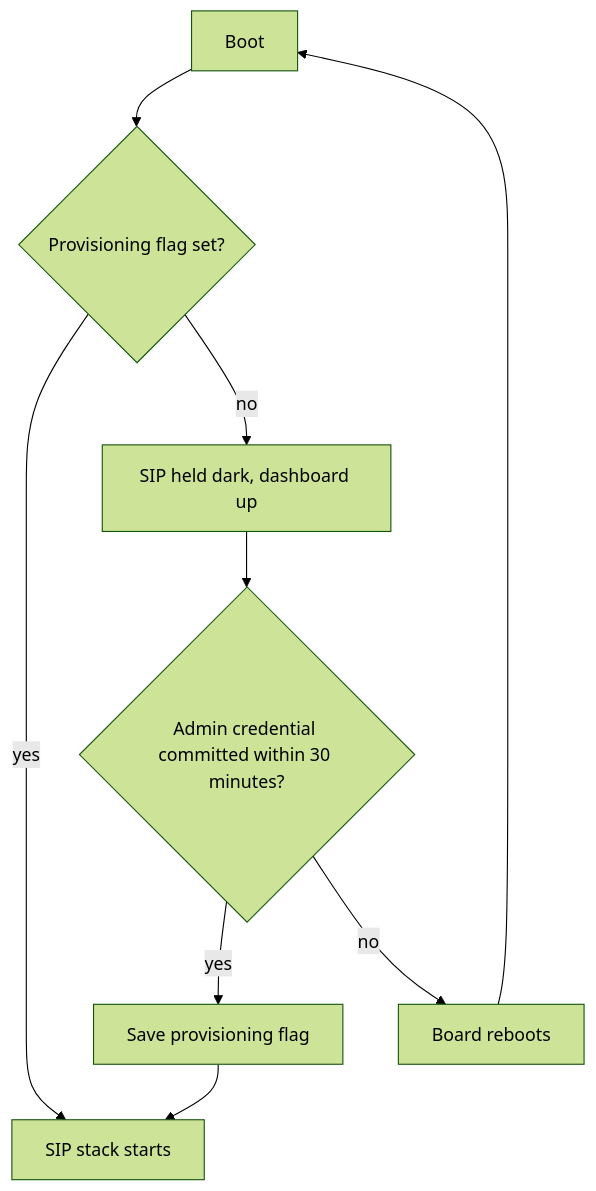
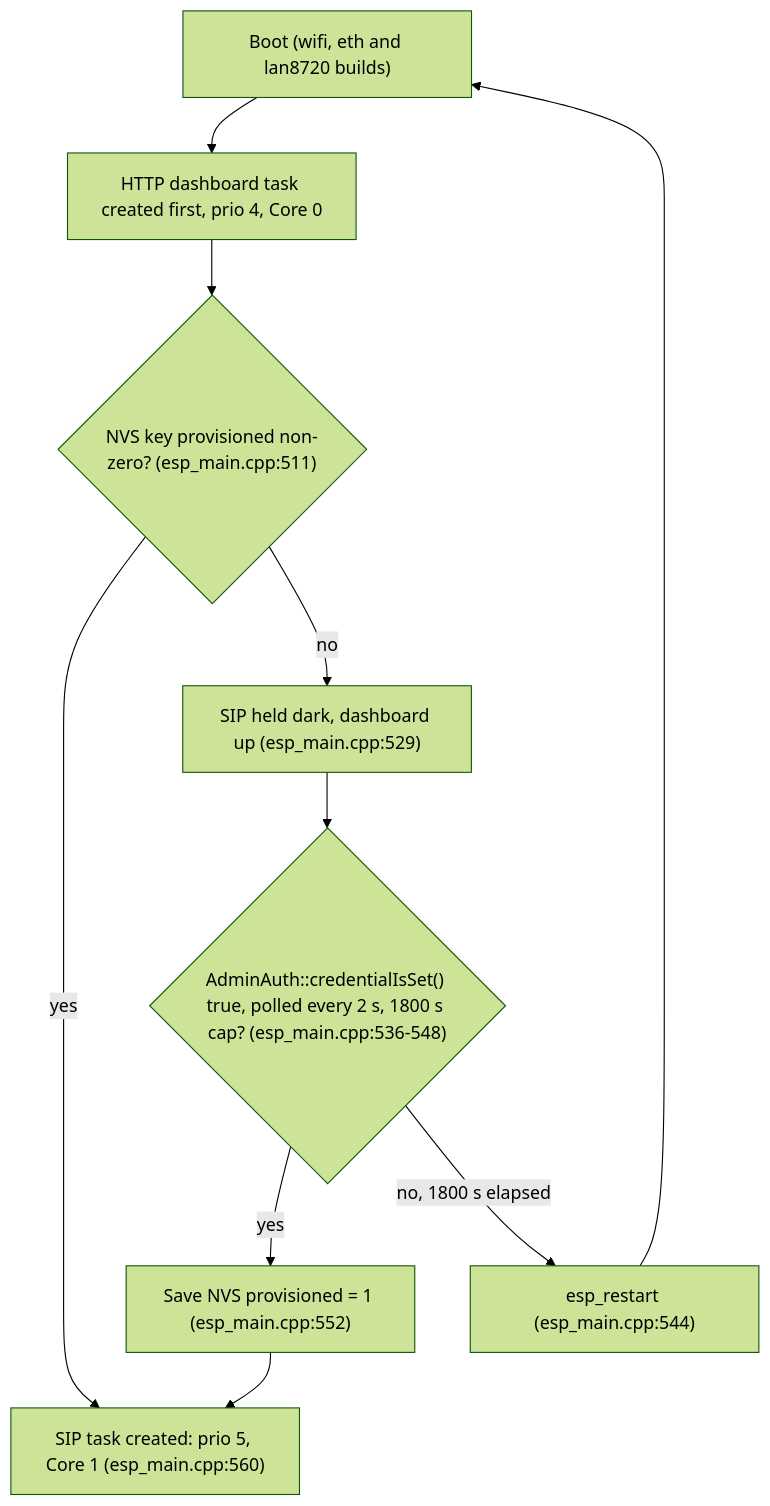
One commit to GlomarGadaffi/pocket-dial changed the diagram in docs/SETUP_GUIDE.md. Above: the diagram before and after it, drawn with Mermaid (forest theme). The commit also changed 29 other files, not shown here.

First line of the commit message:
docs: make the Mermaid diagrams exact against main (#1105)

````diff
--- a/docs/SETUP_GUIDE.md
+++ b/docs/SETUP_GUIDE.md
@@ -48,11 +48,12 @@
 ```mermaid
 flowchart TD
-    A["Boot"] --> B{"Provisioning flag set?"}
-    B -->|yes| S["SIP stack starts"]
-    B -->|no| C["SIP held dark, dashboard up"]
-    C --> D{"Admin credential committed within 30 minutes?"}
-    D -->|yes| E["Save provisioning flag"]
+    A["Boot (wifi, eth and lan8720 builds)"] --> H["HTTP dashboard task created first, prio 4, Core 0"]
+    H --> B{"NVS key provisioned non-zero? (esp_main.cpp:511)"}
+    B -->|yes| S["SIP task created: prio 5, Core 1 (esp_main.cpp:560)"]
+    B -->|no| C["SIP held dark, dashboard up (esp_main.cpp:529)"]
+    C --> D{"AdminAuth::credentialIsSet() true, polled every 2 s, 1800 s cap? (esp_main.cpp:536-548)"}
+    D -->|yes| E["Save NVS provisioned = 1 (esp_main.cpp:552)"]
     E --> S
-    D -->|no| R["Board reboots"]
+    D -->|"no, 1800 s elapsed"| R["esp_restart (esp_main.cpp:544)"]
     R --> A
 ```
````
